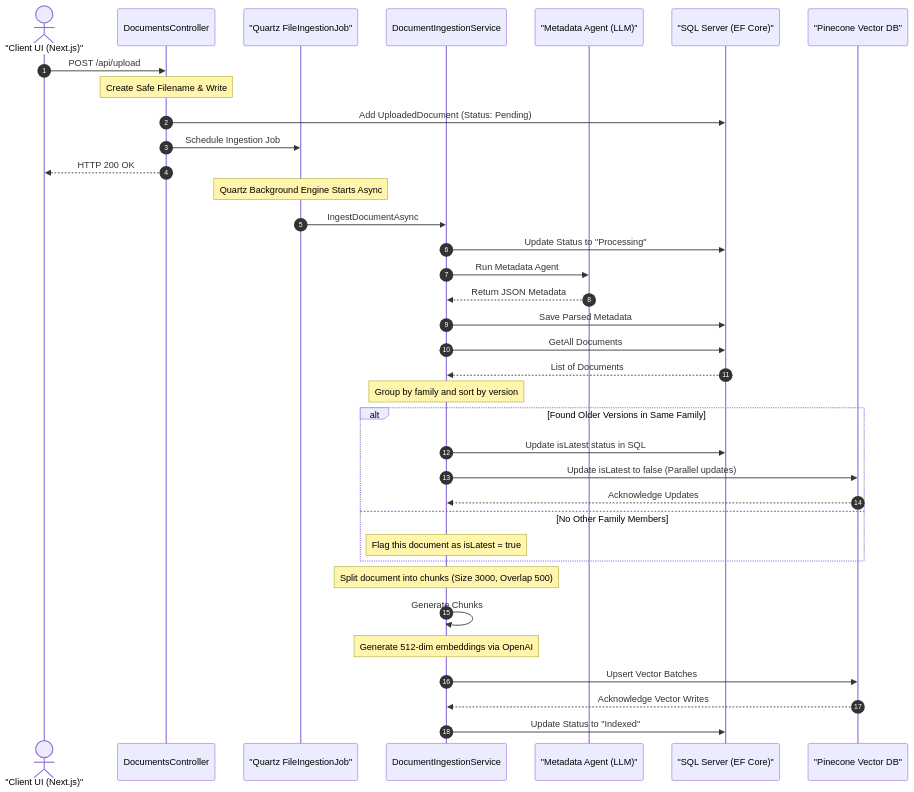
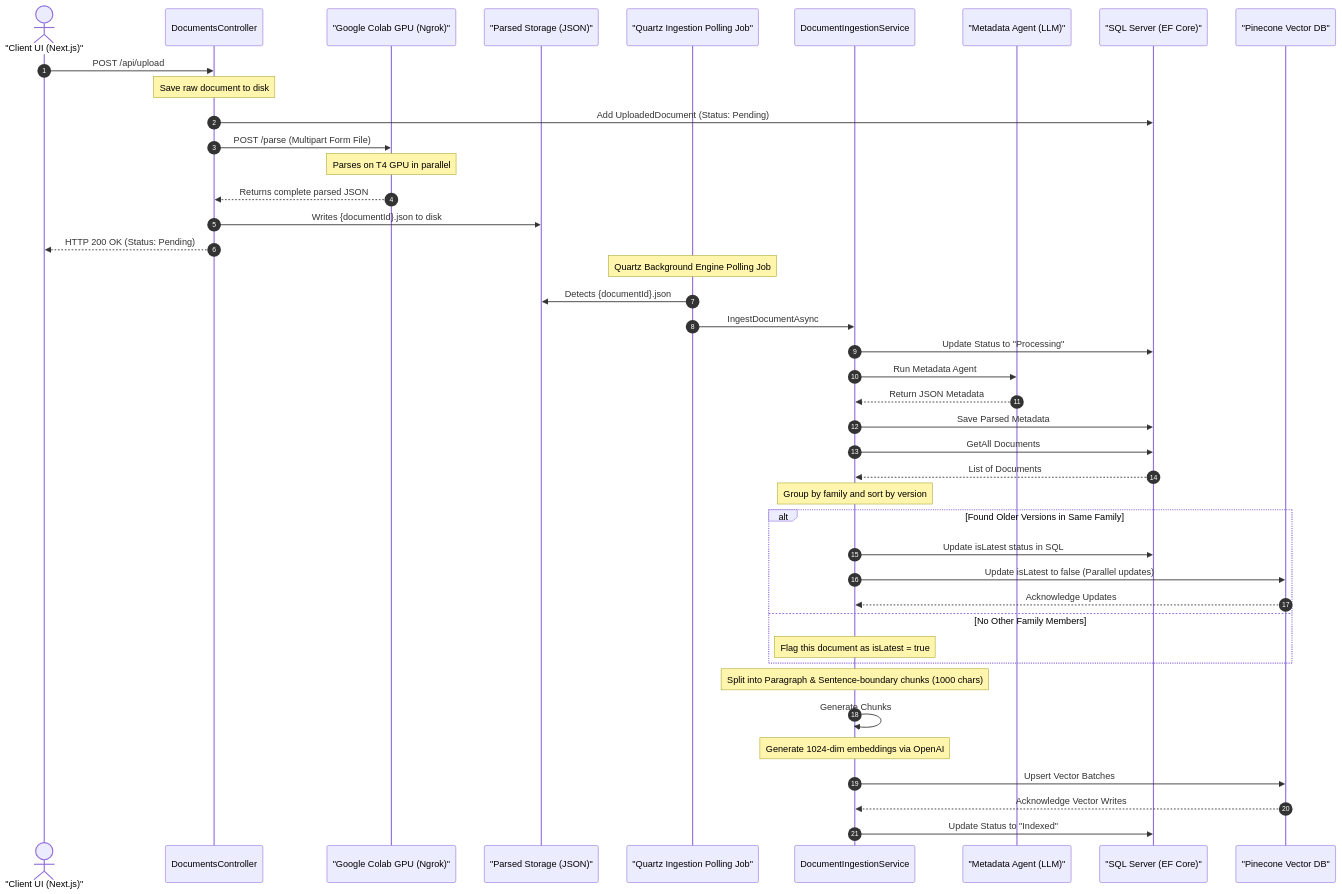
One commit to albertpsi/MSAgentFrameworkRAG changed the third of 4 diagrams in README.md. Above: the diagram before and after it, drawn with Mermaid. The commit also changed other lines of this file and 13 other files, not shown here.

````diff
--- a/README.md
+++ b/README.md
@@ -355,47 +357,54 @@
 ```mermaid
 sequenceDiagram
     autonumber
     actor User as "Client UI (Next.js)"
     participant Ctrl as DocumentsController
-    participant Job as "Quartz FileIngestionJob"
+    participant Colab as "Google Colab GPU (Ngrok)"
+    participant Disk as "Parsed Storage (JSON)"
+    participant Job as "Quartz Ingestion Polling Job"
     participant Service as DocumentIngestionService
     participant MetaAgent as "Metadata Agent (LLM)"
     participant DB as "SQL Server (EF Core)"
     participant Pinecone as "Pinecone Vector DB"
 
     User->>Ctrl: POST /api/upload
-    Note over Ctrl: Create Safe Filename & Write
+    Note over Ctrl: Save raw document to disk
     Ctrl->>DB: Add UploadedDocument (Status: Pending)
-    Ctrl->>Job: Schedule Ingestion Job
-    Ctrl-->>User: HTTP 200 OK
     
-    Note over Job: Quartz Background Engine Starts Async
+    Ctrl->>Colab: POST /parse (Multipart Form File)
+    Note over Colab: Parses on T4 GPU in parallel
+    Colab-->>Ctrl: Returns complete parsed JSON
+    Ctrl->>Disk: Writes {documentId}.json to disk
+    Ctrl-->>User: HTTP 200 OK (Status: Pending)
+    
+    Note over Job: Quartz Background Engine Polling Job
+    Job->>Disk: Detects {documentId}.json
     Job->>Service: IngestDocumentAsync
     Service->>DB: Update Status to "Processing"
     
     Service->>MetaAgent: Run Metadata Agent
     MetaAgent-->>Service: Return JSON Metadata
     Service->>DB: Save Parsed Metadata
     
     Service->>DB: GetAll Documents
     DB-->>Service: List of Documents
     
     Note over Service: Group by family and sort by version
     
     alt Found Older Versions in Same Family
         Service->>DB: Update isLatest status in SQL
         Service->>Pinecone: Update isLatest to false (Parallel updates)
         Pinecone-->>Service: Acknowledge Updates
     else No Other Family Members
         Note over Service: Flag this document as isLatest = true
     end
     
-    Note over Service: Split document into chunks (Size 3000, Overlap 500)
+    Note over Service: Split into Paragraph & Sentence-boundary chunks (1000 chars)
     Service->>Service: Generate Chunks
     
-    Note over Service: Generate 512-dim embeddings via OpenAI
+    Note over Service: Generate 1024-dim embeddings via OpenAI
     Service->>Pinecone: Upsert Vector Batches
     Pinecone-->>Service: Acknowledge Vector Writes
     
     Service->>DB: Update Status to "Indexed"
 ```
````
